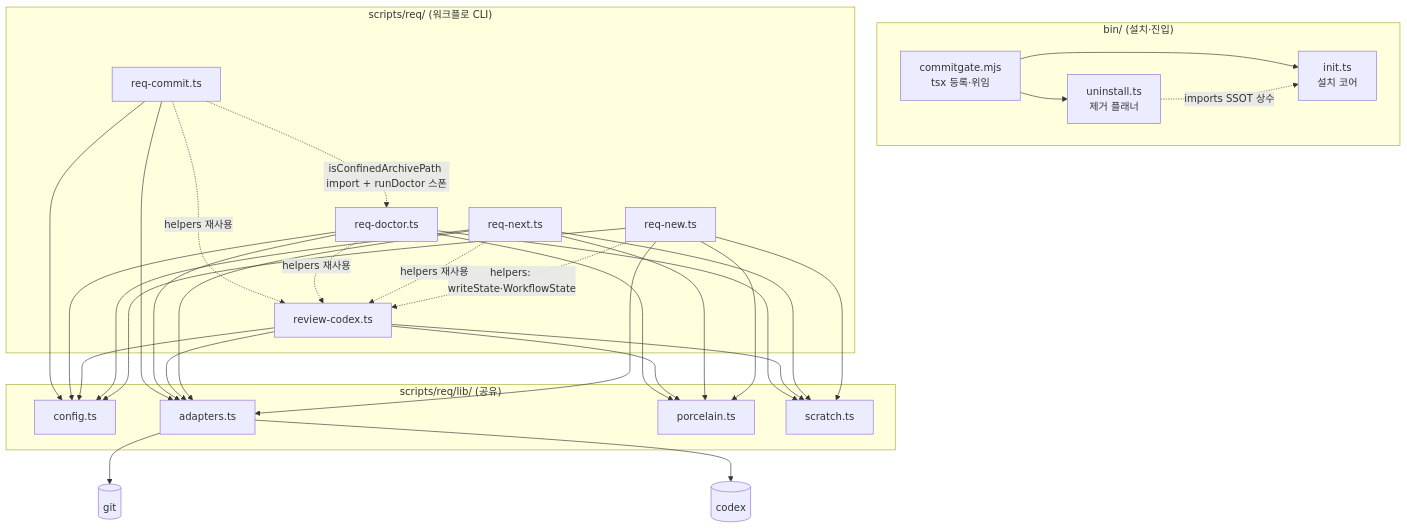
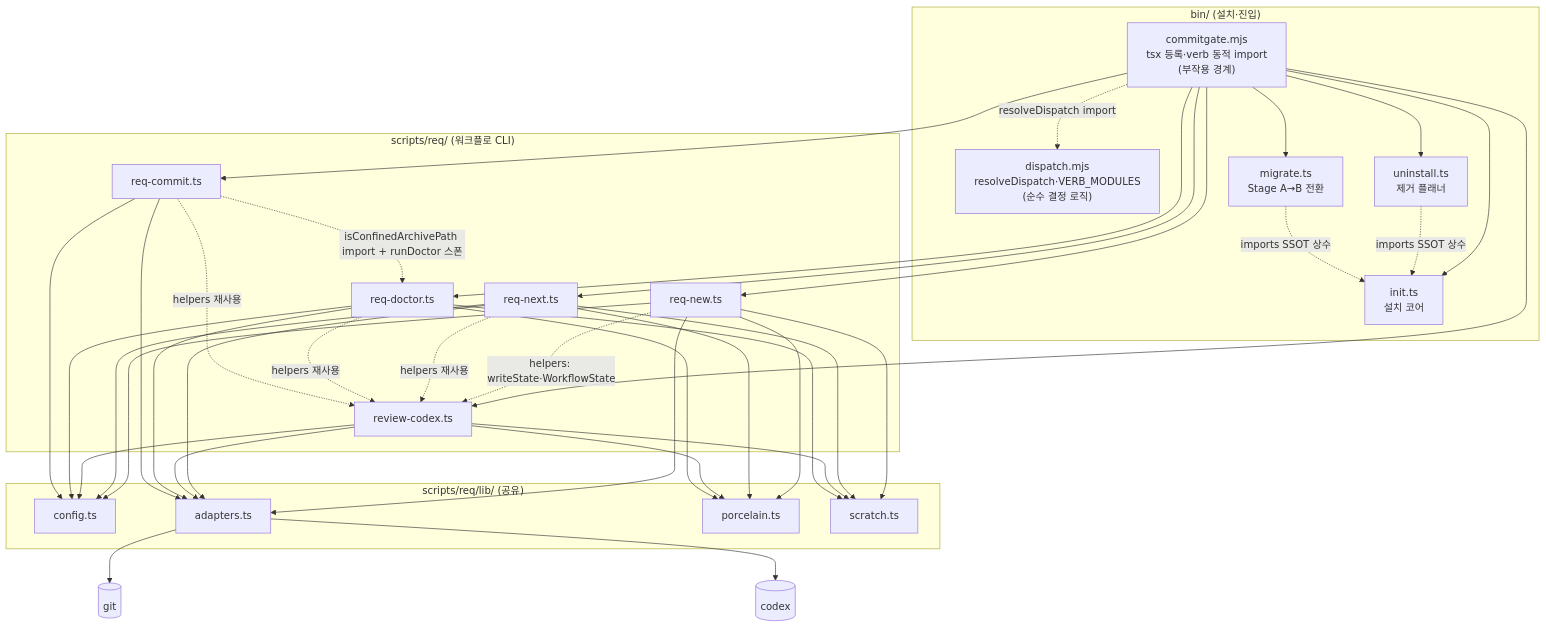
The first of 3 diagrams in docs/ssot-design/08-architecture-and-module-spec.md (sol5288/commitgate), drawn with Mermaid before and after one commit. The commit also changed other lines of this file and 15 other files, not shown here.

First line of the commit message:
docs(ssot): sync Stage B runtime package model

````diff
--- a/docs/ssot-design/08-architecture-and-module-spec.md
+++ b/docs/ssot-design/08-architecture-and-module-spec.md
@@ -7,35 +7,39 @@
 ```mermaid
 flowchart TB
     subgraph bin["bin/ (설치·진입)"]
-        LAUNCH["commitgate.mjs<br/>tsx 등록·위임"]
+        LAUNCH["commitgate.mjs<br/>tsx 등록·verb 동적 import<br/>(부작용 경계)"]
+        DISPATCH["dispatch.mjs<br/>resolveDispatch·VERB_MODULES<br/>(순수 결정 로직)"]
         INIT["init.ts<br/>설치 코어"]
+        MIGRATE["migrate.ts<br/>Stage A→B 전환"]
         UNINST["uninstall.ts<br/>제거 플래너"]
     end
     subgraph cmds["scripts/req/ (워크플로 CLI)"]
         NEW[req-new.ts]
         NEXT[req-next.ts]
         REVIEW[review-codex.ts]
         DOCTOR[req-doctor.ts]
         COMMIT[req-commit.ts]
     end
     subgraph lib["scripts/req/lib/ (공유)"]
         CONFIG[config.ts]
         ADAPT[adapters.ts]
         PORC[porcelain.ts]
         SCRATCH[scratch.ts]
     end
-    LAUNCH --> INIT
-    LAUNCH --> UNINST
+    LAUNCH -. resolveDispatch import .-> DISPATCH
+    LAUNCH --> INIT & MIGRATE & UNINST
+    LAUNCH --> NEW & NEXT & REVIEW & DOCTOR & COMMIT
     UNINST -.imports SSOT 상수.-> INIT
+    MIGRATE -.imports SSOT 상수.-> INIT
     NEW & NEXT & REVIEW & DOCTOR & COMMIT --> CONFIG
     NEW & NEXT & REVIEW & DOCTOR & COMMIT --> ADAPT
     NEW & NEXT & REVIEW & DOCTOR --> PORC
     NEW & NEXT & REVIEW & DOCTOR --> SCRATCH
     NEW -.helpers: writeState·WorkflowState.-> REVIEW
     NEXT -.helpers 재사용.-> REVIEW
     DOCTOR -.helpers 재사용.-> REVIEW
     COMMIT -.helpers 재사용.-> REVIEW
     COMMIT -.isConfinedArchivePath import + runDoctor 스폰.-> DOCTOR
     ADAPT --> GIT[(git)]
     ADAPT --> CODEX[(codex)]
 ```
````
